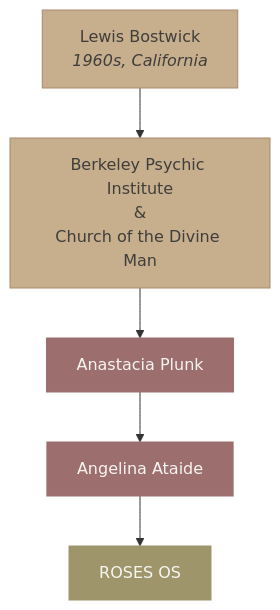
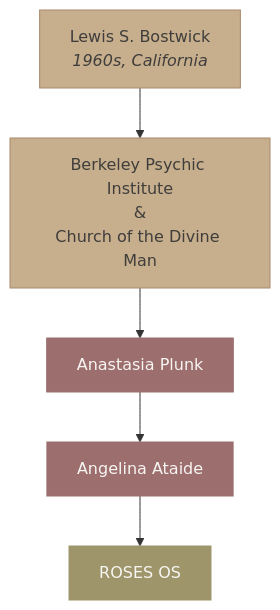
The third of 28 diagrams in docs/brand/brand-dna.md (Light-Brands/roses-os), drawn with Mermaid before and after one commit. The commit also changed other lines of this file and 5 other files, not shown here.

````diff
--- a/docs/brand/brand-dna.md
+++ b/docs/brand/brand-dna.md
@@ -128,13 +128,13 @@
 ```mermaid
 graph TD
-    LB["Lewis Bostwick<br/><i>1960s, California</i>"] --> BPI["Berkeley Psychic Institute<br/>&<br/>Church of the Divine Man"]
-    BPI --> AP["Anastacia Plunk"]
+    LB["Lewis S. Bostwick<br/><i>1960s, California</i>"] --> BPI["Berkeley Psychic Institute<br/>&<br/>Church of the Divine Man"]
+    BPI --> AP["Anastasia Plunk"]
     AP --> AA["Angelina Ataide"]
     AA --> ROS["ROSES OS"]
 
     style LB fill:#C7AE8C,color:#3F3E3C,stroke:#A8896D
     style BPI fill:#C7AE8C,color:#3F3E3C,stroke:#A8896D
     style AP fill:#9C6F6E,color:#F7F5F2,stroke:#9C6F6E
     style AA fill:#9C6F6E,color:#F7F5F2,stroke:#9C6F6E
     style ROS fill:#9E956B,color:#F7F5F2,stroke:#9E956B
 ```
````
